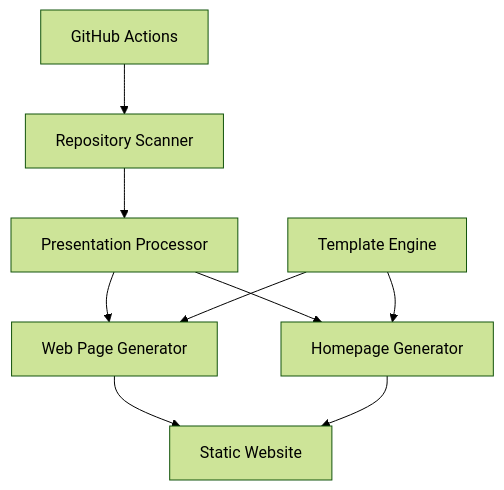
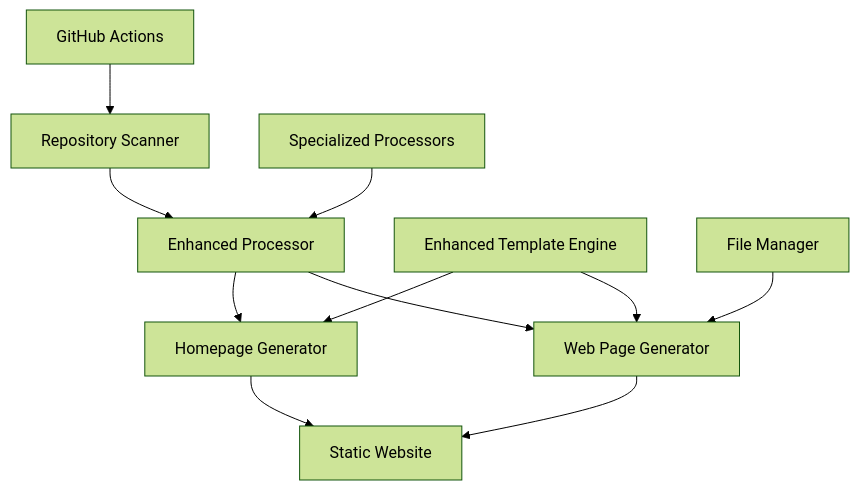
One commit to kevinlin/Deckset-presentations changed the diagram in .kiro/specs/website-generator/design.md. Above: the diagram before and after it, drawn with Mermaid (forest theme). The commit also changed other lines of this file, not shown here.

````diff
--- a/.kiro/specs/website-generator/design.md
+++ b/.kiro/specs/website-generator/design.md
@@ -11,11 +11,13 @@
 ```mermaid
 graph TD
-    A[Repository Scanner] --> B[Presentation Processor]
+    A[Repository Scanner] --> B[Enhanced Processor]
     B --> C[Web Page Generator]
     B --> D[Homepage Generator]
     C --> E[Static Website]
     D --> E
     F[GitHub Actions] --> A
-    G[Template Engine] --> C
+    G[Enhanced Template Engine] --> C
     G --> D
+    H[Specialized Processors] --> B
+    I[File Manager] --> C
 ```
````
